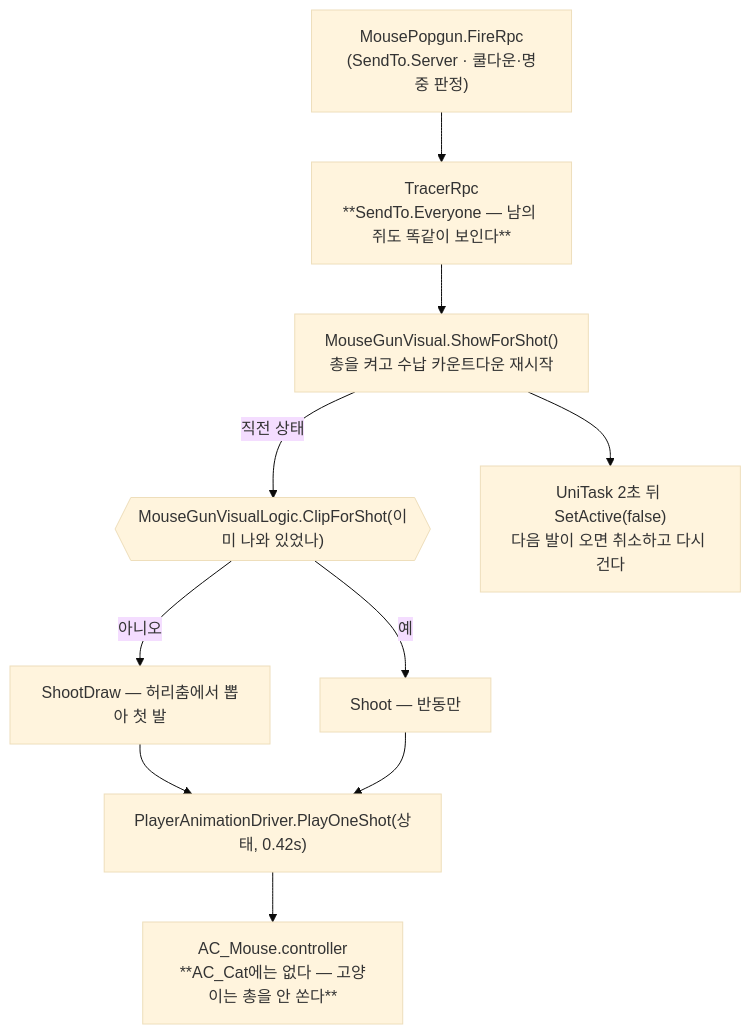
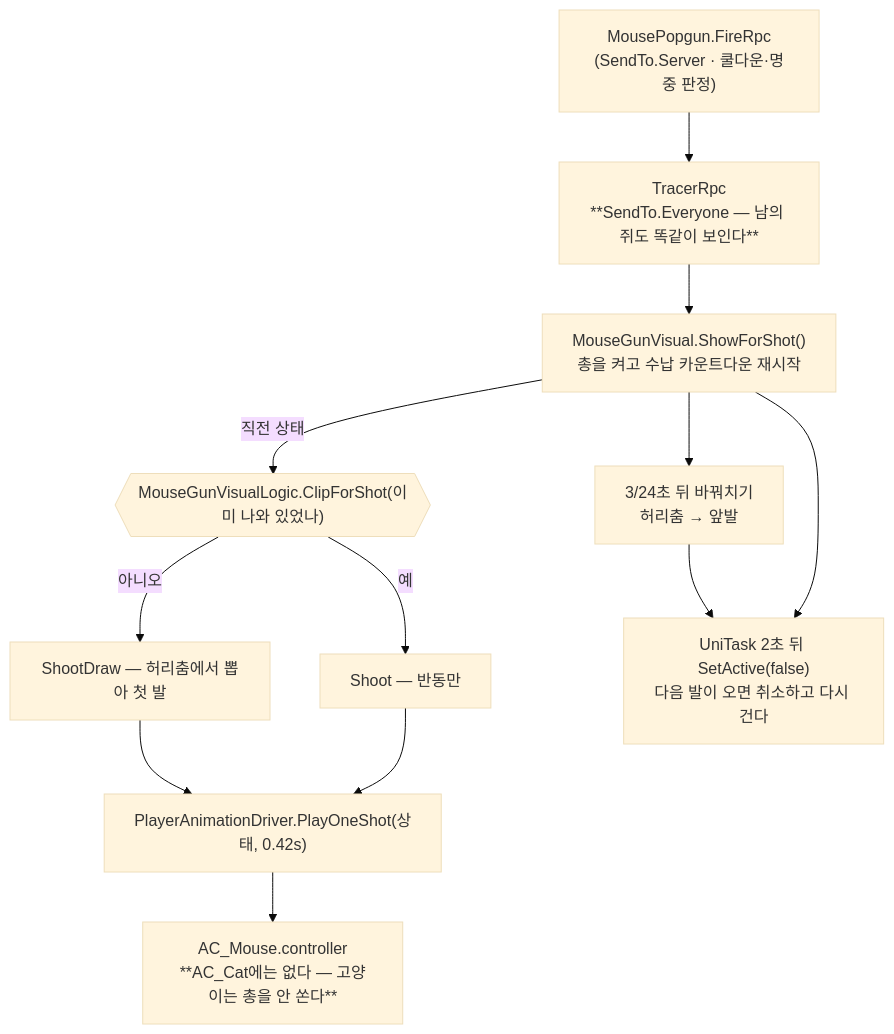
One commit to JeahanPark/The-Cheese-Thief-and-the-Cat changed diagram 49 of 51 in CTC/docs/design-vault/코드 다이어그램.md. Above: the diagram before and after it, drawn with Mermaid (base theme). The commit also changed other lines of this file and 7 other files, not shown here.

````diff
--- a/CTC/docs/design-vault/코드 다이어그램.md
+++ b/CTC/docs/design-vault/코드 다이어그램.md
@@ -2820,22 +2820,25 @@
 ```mermaid
 flowchart TD
     FIRE["MousePopgun.FireRpc<br/>(SendTo.Server · 쿨다운·명중 판정)"]
     TR["TracerRpc<br/>**SendTo.Everyone — 남의 쥐도 똑같이 보인다**"]
     MGV["MouseGunVisual.ShowForShot()<br/>총을 켜고 수납 카운트다운 재시작"]
+    SWAP["3/24초 뒤 바꿔치기<br/>허리춤 → 앞발"]
     LOGIC{{"MouseGunVisualLogic.ClipForShot(이미 나와 있었나)"}}
     DRAW["ShootDraw — 허리춤에서 뽑아 첫 발"]
     SHOOT["Shoot — 반동만"]
     DRV["PlayerAnimationDriver.PlayOneShot(상태, 0.42s)"]
     AC["AC_Mouse.controller<br/>**AC_Cat에는 없다 — 고양이는 총을 안 쏜다**"]
     HOLS["UniTask 2초 뒤 SetActive(false)<br/>다음 발이 오면 취소하고 다시 건다"]
 
     FIRE --> TR
     TR --> MGV
     MGV -->|직전 상태| LOGIC
     LOGIC -->|아니오| DRAW
     LOGIC -->|예| SHOOT
     DRAW --> DRV
     SHOOT --> DRV
     DRV --> AC
+    MGV --> SWAP
+    SWAP --> HOLS
     MGV --> HOLS
 ```
````
